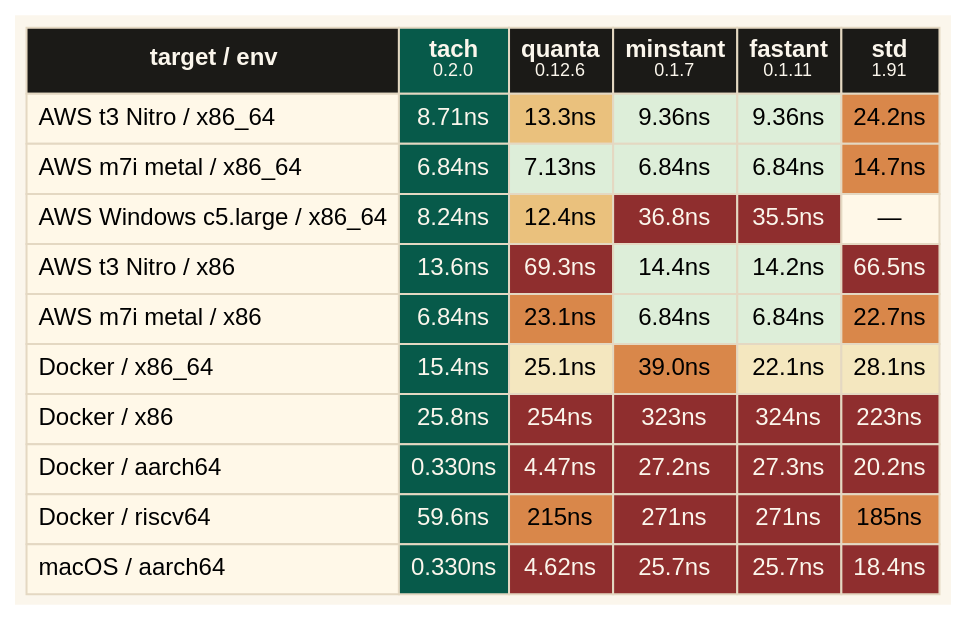
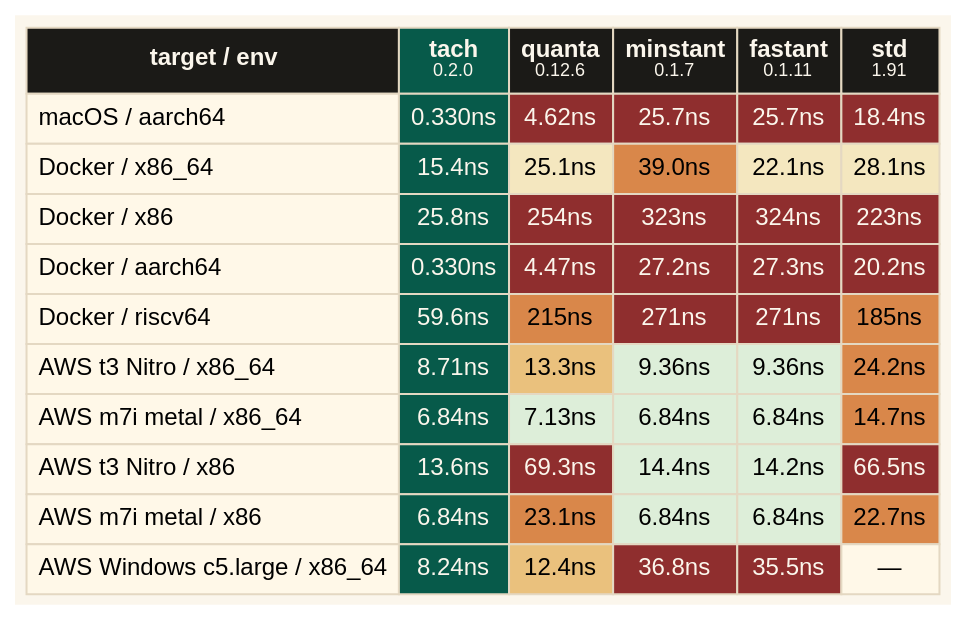
The diagram in benches/assets/benchmark-heatmap.dot (spence/hotclock), drawn with Graphviz before and after one commit. The commit also changed other lines of this file and 6 other files, not shown here.

```diff
--- a/benches/assets/benchmark-heatmap.dot
+++ b/benches/assets/benchmark-heatmap.dot
@@ -1,109 +1,109 @@
 digraph benchmark {
   graph [
     bgcolor="#FBF6EC",
     margin=0,
     pad=0.08,
     rankdir=TB
   ];
 
   node [
     shape=plain,
     fontname="Avenir Next, Helvetica, Arial, sans-serif",
     fontsize=12
   ];
 
   benchmark [
     label=<
       <TABLE BORDER="0" CELLBORDER="1" CELLSPACING="0" CELLPADDING="5" COLOR="#E4D8C2">
         <TR>
           <TD BGCOLOR="#1B1A17"><FONT COLOR="#FBF6EC"><B>target / env</B></FONT></TD>
           <TD BGCOLOR="#075A4A"><FONT COLOR="#FBF6EC"><B>tach</B><BR/><FONT POINT-SIZE="9">0.2.0</FONT></FONT></TD>
           <TD BGCOLOR="#1B1A17"><FONT COLOR="#FBF6EC"><B>quanta</B><BR/><FONT POINT-SIZE="9">0.12.6</FONT></FONT></TD>
           <TD BGCOLOR="#1B1A17"><FONT COLOR="#FBF6EC"><B>minstant</B><BR/><FONT POINT-SIZE="9">0.1.7</FONT></FONT></TD>
           <TD BGCOLOR="#1B1A17"><FONT COLOR="#FBF6EC"><B>fastant</B><BR/><FONT POINT-SIZE="9">0.1.11</FONT></FONT></TD>
           <TD BGCOLOR="#1B1A17"><FONT COLOR="#FBF6EC"><B>std</B><BR/><FONT POINT-SIZE="9">1.91</FONT></FONT></TD>
         </TR>
         <TR>
-          <TD ALIGN="LEFT" BGCOLOR="#FFF8E8">AWS t3 Nitro / x86_64</TD>
-          <TD BGCOLOR="#075A4A"><FONT COLOR="#FBF6EC">8.71ns</FONT></TD>
-          <TD BGCOLOR="#EAC17D">13.3ns</TD>
-          <TD BGCOLOR="#DDEED9">9.36ns</TD>
-          <TD BGCOLOR="#DDEED9">9.36ns</TD>
-          <TD BGCOLOR="#D9874A">24.2ns</TD>
-        </TR>
-        <TR>
-          <TD ALIGN="LEFT" BGCOLOR="#FFF8E8">AWS m7i metal / x86_64</TD>
-          <TD BGCOLOR="#075A4A"><FONT COLOR="#FBF6EC">6.84ns</FONT></TD>
-          <TD BGCOLOR="#DDEED9">7.13ns</TD>
-          <TD BGCOLOR="#DDEED9">6.84ns</TD>
-          <TD BGCOLOR="#DDEED9">6.84ns</TD>
-          <TD BGCOLOR="#D9874A">14.7ns</TD>
-        </TR>
-        <TR>
-          <TD ALIGN="LEFT" BGCOLOR="#FFF8E8">AWS Windows c5.large / x86_64</TD>
-          <TD BGCOLOR="#075A4A"><FONT COLOR="#FBF6EC">8.24ns</FONT></TD>
-          <TD BGCOLOR="#EAC17D">12.4ns</TD>
-          <TD BGCOLOR="#8F2E2E"><FONT COLOR="#FBF6EC">36.8ns</FONT></TD>
-          <TD BGCOLOR="#8F2E2E"><FONT COLOR="#FBF6EC">35.5ns</FONT></TD>
-          <TD BGCOLOR="#FFF8E8">—</TD>
-        </TR>
-        <TR>
-          <TD ALIGN="LEFT" BGCOLOR="#FFF8E8">AWS t3 Nitro / x86</TD>
-          <TD BGCOLOR="#075A4A"><FONT COLOR="#FBF6EC">13.6ns</FONT></TD>
-          <TD BGCOLOR="#8F2E2E"><FONT COLOR="#FBF6EC">69.3ns</FONT></TD>
-          <TD BGCOLOR="#DDEED9">14.4ns</TD>
-          <TD BGCOLOR="#DDEED9">14.2ns</TD>
-          <TD BGCOLOR="#8F2E2E"><FONT COLOR="#FBF6EC">66.5ns</FONT></TD>
-        </TR>
-        <TR>
-          <TD ALIGN="LEFT" BGCOLOR="#FFF8E8">AWS m7i metal / x86</TD>
-          <TD BGCOLOR="#075A4A"><FONT COLOR="#FBF6EC">6.84ns</FONT></TD>
-          <TD BGCOLOR="#D9874A">23.1ns</TD>
-          <TD BGCOLOR="#DDEED9">6.84ns</TD>
-          <TD BGCOLOR="#DDEED9">6.84ns</TD>
-          <TD BGCOLOR="#D9874A">22.7ns</TD>
+          <TD ALIGN="LEFT" BGCOLOR="#FFF8E8">macOS / aarch64</TD>
+          <TD BGCOLOR="#075A4A"><FONT COLOR="#FBF6EC">0.330ns</FONT></TD>
+          <TD BGCOLOR="#8F2E2E"><FONT COLOR="#FBF6EC">4.62ns</FONT></TD>
+          <TD BGCOLOR="#8F2E2E"><FONT COLOR="#FBF6EC">25.7ns</FONT></TD>
+          <TD BGCOLOR="#8F2E2E"><FONT COLOR="#FBF6EC">25.7ns</FONT></TD>
+          <TD BGCOLOR="#8F2E2E"><FONT COLOR="#FBF6EC">18.4ns</FONT></TD>
         </TR>
         <TR>
           <TD ALIGN="LEFT" BGCOLOR="#FFF8E8">Docker / x86_64</TD>
           <TD BGCOLOR="#075A4A"><FONT COLOR="#FBF6EC">15.4ns</FONT></TD>
           <TD BGCOLOR="#F4E7BF">25.1ns</TD>
           <TD BGCOLOR="#D9874A">39.0ns</TD>
           <TD BGCOLOR="#F4E7BF">22.1ns</TD>
           <TD BGCOLOR="#F4E7BF">28.1ns</TD>
         </TR>
         <TR>
           <TD ALIGN="LEFT" BGCOLOR="#FFF8E8">Docker / x86</TD>
           <TD BGCOLOR="#075A4A"><FONT COLOR="#FBF6EC">25.8ns</FONT></TD>
           <TD BGCOLOR="#8F2E2E"><FONT COLOR="#FBF6EC">254ns</FONT></TD>
           <TD BGCOLOR="#8F2E2E"><FONT COLOR="#FBF6EC">323ns</FONT></TD>
           <TD BGCOLOR="#8F2E2E"><FONT COLOR="#FBF6EC">324ns</FONT></TD>
           <TD BGCOLOR="#8F2E2E"><FONT COLOR="#FBF6EC">223ns</FONT></TD>
         </TR>
         <TR>
           <TD ALIGN="LEFT" BGCOLOR="#FFF8E8">Docker / aarch64</TD>
           <TD BGCOLOR="#075A4A"><FONT COLOR="#FBF6EC">0.330ns</FONT></TD>
           <TD BGCOLOR="#8F2E2E"><FONT COLOR="#FBF6EC">4.47ns</FONT></TD>
           <TD BGCOLOR="#8F2E2E"><FONT COLOR="#FBF6EC">27.2ns</FONT></TD>
           <TD BGCOLOR="#8F2E2E"><FONT COLOR="#FBF6EC">27.3ns</FONT></TD>
           <TD BGCOLOR="#8F2E2E"><FONT COLOR="#FBF6EC">20.2ns</FONT></TD>
         </TR>
         <TR>
           <TD ALIGN="LEFT" BGCOLOR="#FFF8E8">Docker / riscv64</TD>
           <TD BGCOLOR="#075A4A"><FONT COLOR="#FBF6EC">59.6ns</FONT></TD>
           <TD BGCOLOR="#D9874A">215ns</TD>
           <TD BGCOLOR="#8F2E2E"><FONT COLOR="#FBF6EC">271ns</FONT></TD>
           <TD BGCOLOR="#8F2E2E"><FONT COLOR="#FBF6EC">271ns</FONT></TD>
           <TD BGCOLOR="#D9874A">185ns</TD>
         </TR>
         <TR>
-          <TD ALIGN="LEFT" BGCOLOR="#FFF8E8">macOS / aarch64</TD>
-          <TD BGCOLOR="#075A4A"><FONT COLOR="#FBF6EC">0.330ns</FONT></TD>
-          <TD BGCOLOR="#8F2E2E"><FONT COLOR="#FBF6EC">4.62ns</FONT></TD>
-          <TD BGCOLOR="#8F2E2E"><FONT COLOR="#FBF6EC">25.7ns</FONT></TD>
-          <TD BGCOLOR="#8F2E2E"><FONT COLOR="#FBF6EC">25.7ns</FONT></TD>
-          <TD BGCOLOR="#8F2E2E"><FONT COLOR="#FBF6EC">18.4ns</FONT></TD>
+          <TD ALIGN="LEFT" BGCOLOR="#FFF8E8">AWS t3 Nitro / x86_64</TD>
+          <TD BGCOLOR="#075A4A"><FONT COLOR="#FBF6EC">8.71ns</FONT></TD>
+          <TD BGCOLOR="#EAC17D">13.3ns</TD>
+          <TD BGCOLOR="#DDEED9">9.36ns</TD>
+          <TD BGCOLOR="#DDEED9">9.36ns</TD>
+          <TD BGCOLOR="#D9874A">24.2ns</TD>
+        </TR>
+        <TR>
+          <TD ALIGN="LEFT" BGCOLOR="#FFF8E8">AWS m7i metal / x86_64</TD>
+          <TD BGCOLOR="#075A4A"><FONT COLOR="#FBF6EC">6.84ns</FONT></TD>
+          <TD BGCOLOR="#DDEED9">7.13ns</TD>
+          <TD BGCOLOR="#DDEED9">6.84ns</TD>
+          <TD BGCOLOR="#DDEED9">6.84ns</TD>
+          <TD BGCOLOR="#D9874A">14.7ns</TD>
+        </TR>
+        <TR>
+          <TD ALIGN="LEFT" BGCOLOR="#FFF8E8">AWS t3 Nitro / x86</TD>
+          <TD BGCOLOR="#075A4A"><FONT COLOR="#FBF6EC">13.6ns</FONT></TD>
+          <TD BGCOLOR="#8F2E2E"><FONT COLOR="#FBF6EC">69.3ns</FONT></TD>
+          <TD BGCOLOR="#DDEED9">14.4ns</TD>
+          <TD BGCOLOR="#DDEED9">14.2ns</TD>
+          <TD BGCOLOR="#8F2E2E"><FONT COLOR="#FBF6EC">66.5ns</FONT></TD>
+        </TR>
+        <TR>
+          <TD ALIGN="LEFT" BGCOLOR="#FFF8E8">AWS m7i metal / x86</TD>
+          <TD BGCOLOR="#075A4A"><FONT COLOR="#FBF6EC">6.84ns</FONT></TD>
+          <TD BGCOLOR="#D9874A">23.1ns</TD>
+          <TD BGCOLOR="#DDEED9">6.84ns</TD>
+          <TD BGCOLOR="#DDEED9">6.84ns</TD>
+          <TD BGCOLOR="#D9874A">22.7ns</TD>
+        </TR>
+        <TR>
+          <TD ALIGN="LEFT" BGCOLOR="#FFF8E8">AWS Windows c5.large / x86_64</TD>
+          <TD BGCOLOR="#075A4A"><FONT COLOR="#FBF6EC">8.24ns</FONT></TD>
+          <TD BGCOLOR="#EAC17D">12.4ns</TD>
+          <TD BGCOLOR="#8F2E2E"><FONT COLOR="#FBF6EC">36.8ns</FONT></TD>
+          <TD BGCOLOR="#8F2E2E"><FONT COLOR="#FBF6EC">35.5ns</FONT></TD>
+          <TD BGCOLOR="#FFF8E8">—</TD>
         </TR>
       </TABLE>
     >
   ];
 }
```
